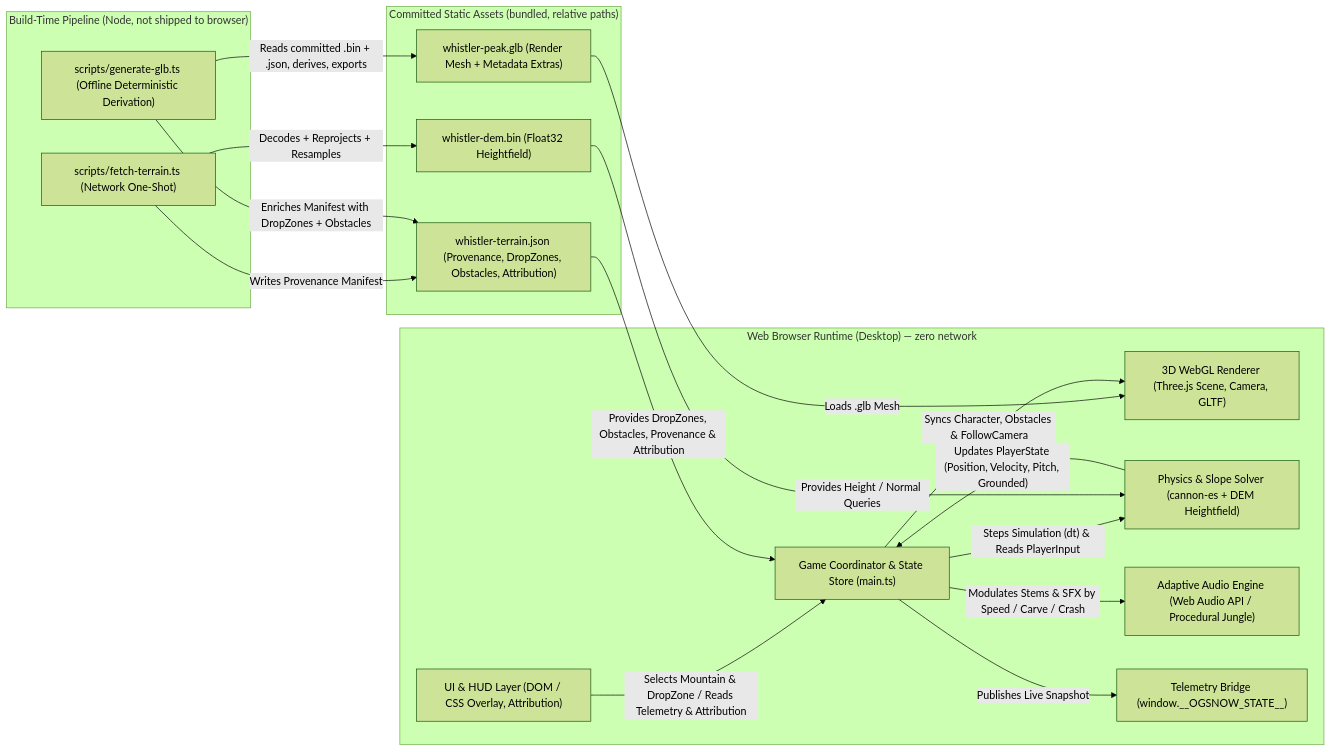
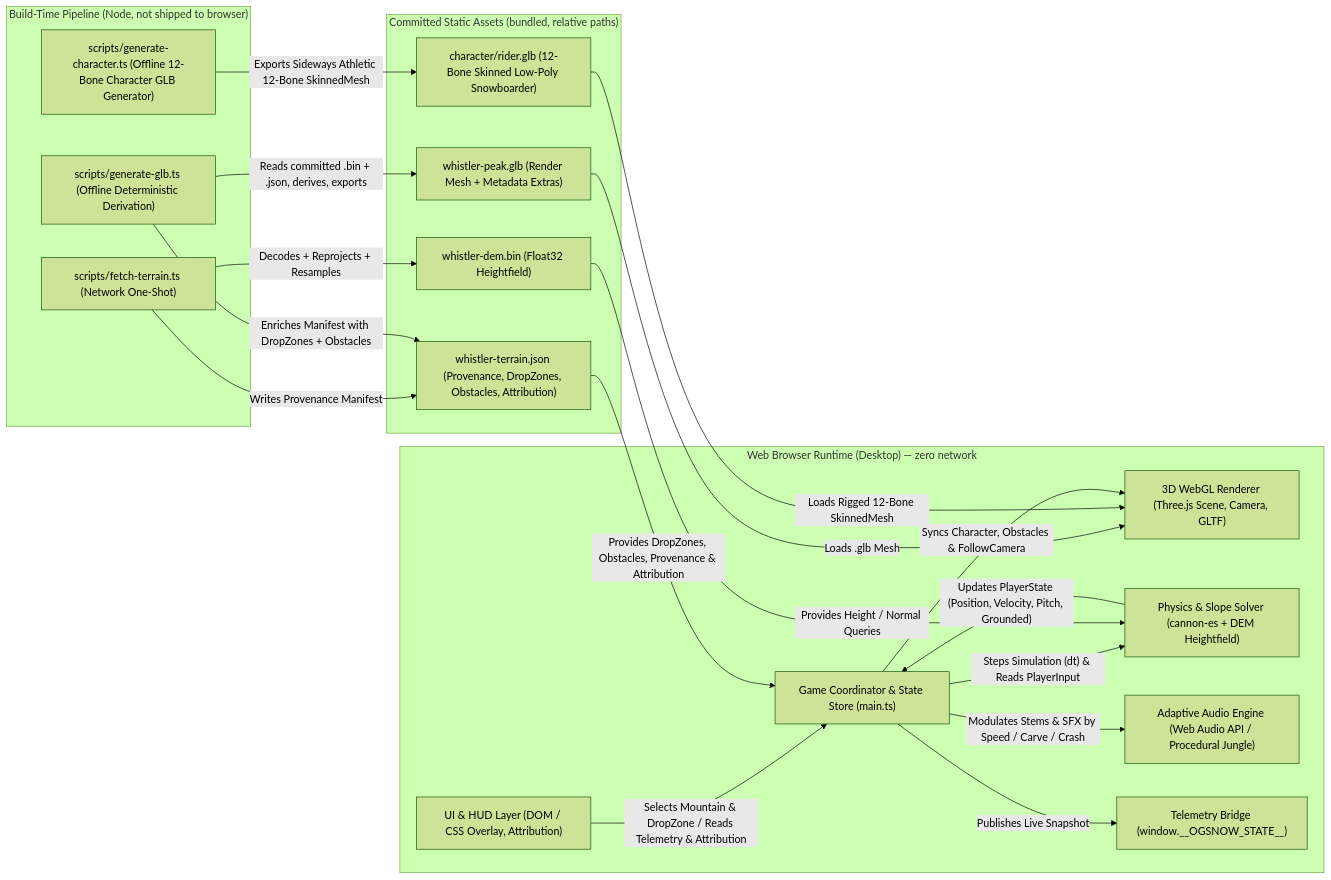
The second of 10 diagrams in wiki/architecture.md (reynish/ogsnow), drawn with Mermaid (forest theme) before and after one commit. The commit also changed other lines of this file and 9 other files, not shown here.

Commit message:
fix(character): couple board to rider spin and rig sideways athletic snowboarder with 2-bone leg IK

````diff
--- a/wiki/architecture.md
+++ b/wiki/architecture.md
@@ -36,36 +36,40 @@
 ```mermaid
 flowchart LR
     subgraph Browser["Web Browser Runtime (Desktop) — zero network"]
         UIContainer["UI & HUD Layer (DOM / CSS Overlay, Attribution)"]
         GameCore["Game Coordinator & State Store (main.ts)"]
         RenderEngine["3D WebGL Renderer (Three.js Scene, Camera, GLTF)"]
         PhysicsWorld["Physics & Slope Solver (cannon-es + DEM Heightfield)"]
         AudioEngine["Adaptive Audio Engine (Web Audio API / Procedural Jungle)"]
         E2EHook["Telemetry Bridge (window.__OGSNOW_STATE__)"]
     end
 
     subgraph Assets["Committed Static Assets (bundled, relative paths)"]
         GLBAsset["whistler-peak.glb (Render Mesh + Metadata Extras)"]
         DEMAsset["whistler-dem.bin (Float32 Heightfield)"]
         ManifestAsset["whistler-terrain.json (Provenance, DropZones, Obstacles, Attribution)"]
+        CharGLBAsset["character/rider.glb (12-Bone Skinned Low-Poly Snowboarder)"]
     end
 
     subgraph BuildTime["Build-Time Pipeline (Node, not shipped to browser)"]
         FetchScript["scripts/fetch-terrain.ts (Network One-Shot)"]
         GenScript["scripts/generate-glb.ts (Offline Deterministic Derivation)"]
+        GenCharScript["scripts/generate-character.ts (Offline 12-Bone Character GLB Generator)"]
     end
 
     UIContainer -->|"Selects Mountain & DropZone / Reads Telemetry & Attribution"| GameCore
     GameCore -->|"Steps Simulation (dt) & Reads PlayerInput"| PhysicsWorld
     GLBAsset -->|"Loads .glb Mesh"| RenderEngine
+    CharGLBAsset -->|"Loads Rigged 12-Bone SkinnedMesh"| RenderEngine
     DEMAsset -->|"Provides Height / Normal Queries"| PhysicsWorld
     ManifestAsset -->|"Provides DropZones, Obstacles, Provenance & Attribution"| GameCore
     PhysicsWorld -->|"Updates PlayerState (Position, Velocity, Pitch, Grounded)"| GameCore
     GameCore -->|"Syncs Character, Obstacles & FollowCamera"| RenderEngine
     GameCore -->|"Modulates Stems & SFX by Speed / Carve / Crash"| AudioEngine
     GameCore -->|"Publishes Live Snapshot"| E2EHook
     FetchScript -->|"Decodes + Reprojects + Resamples"| DEMAsset
     FetchScript -->|"Writes Provenance Manifest"| ManifestAsset
     GenScript -->|"Reads committed .bin + .json, derives, exports"| GLBAsset
     GenScript -->|"Enriches Manifest with DropZones + Obstacles"| ManifestAsset
+    GenCharScript -->|"Exports Sideways Athletic 12-Bone SkinnedMesh"| CharGLBAsset
 ```
````
